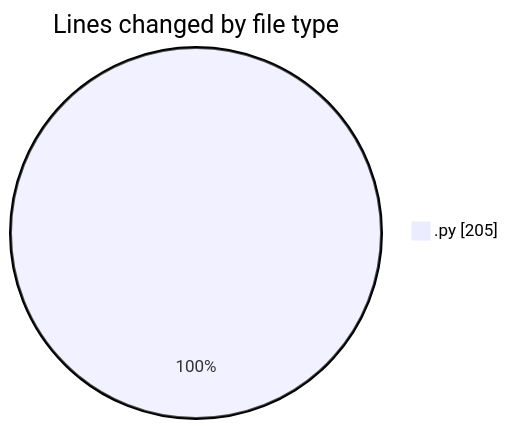
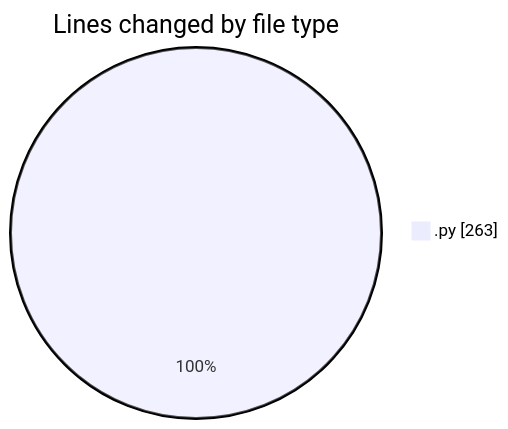
One commit to MatusMokan/code-tracking changed the first of 2 diagrams in 2025-02-26/myws__workspace_/README.md. Above: the diagram before and after it, drawn with Mermaid. The commit also changed other lines of this file and 1 other file, not shown here.

````diff
--- a/2025-02-26/myws__workspace_/README.md
+++ b/2025-02-26/myws__workspace_/README.md
@@ -20,5 +21,5 @@
 ```mermaid
 pie showData
 title Lines changed by file type
-".py" : 205
+".py" : 263
 ```
````
